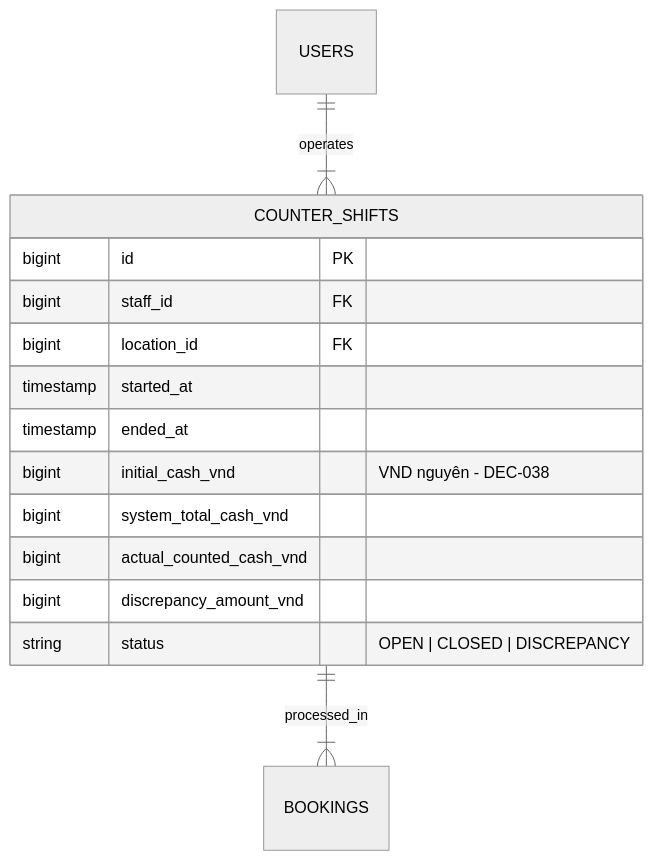
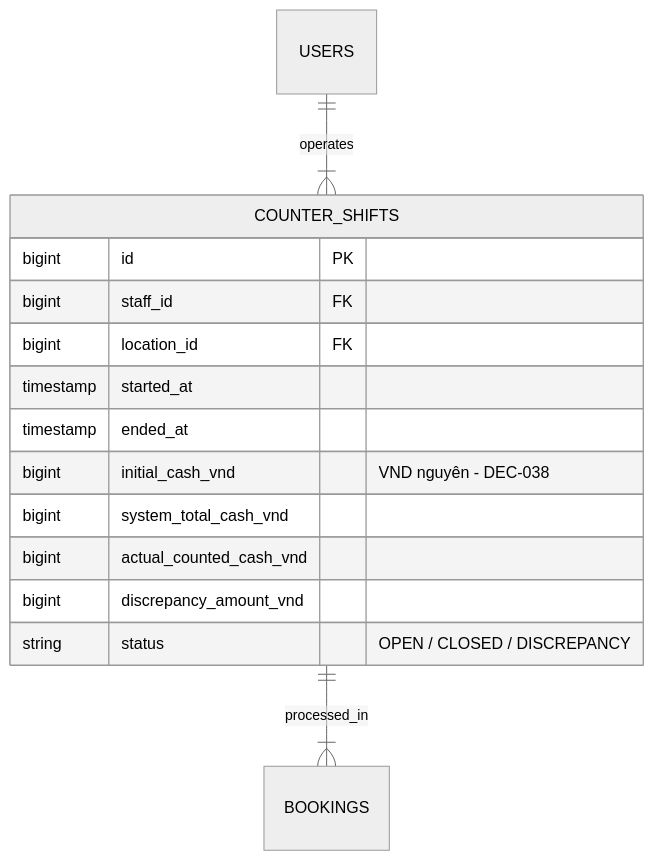
One commit to tomone2kd000-ux/superdong-booking-system changed the second of 2 diagrams in content/docs/chuong-06-van-hanh-ca-ban-ve-audit-va-cronjob/02-quan-ly-ca-lam-viec-va-ket-ca.mdx. Above: the diagram before and after it, drawn with Mermaid (neutral theme). The commit also changed 17 other files, not shown here.

Commit message:
fix: resolve Mermaid erDiagram syntax warnings across all MDX files

````diff
--- a/content/docs/chuong-06-van-hanh-ca-ban-ve-audit-va-cronjob/02-quan-ly-ca-lam-viec-va-ket-ca.mdx
+++ b/content/docs/chuong-06-van-hanh-ca-ban-ve-audit-va-cronjob/02-quan-ly-ca-lam-viec-va-ket-ca.mdx
@@ -38,18 +38,18 @@
 ```mermaid
 erDiagram
     USERS ||--|{ COUNTER_SHIFTS : operates
     COUNTER_SHIFTS ||--|{ BOOKINGS : processed_in
 
     COUNTER_SHIFTS {
         bigint id PK
         bigint staff_id FK
         bigint location_id FK
         timestamp started_at
         timestamp ended_at
         bigint initial_cash_vnd "VND nguyên - DEC-038"
         bigint system_total_cash_vnd
         bigint actual_counted_cash_vnd
         bigint discrepancy_amount_vnd
-        string status "OPEN | CLOSED | DISCREPANCY"
+        string status "OPEN / CLOSED / DISCREPANCY"
     }
 ```
````
